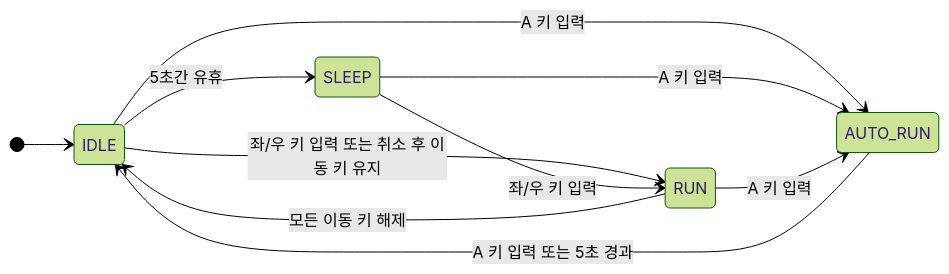
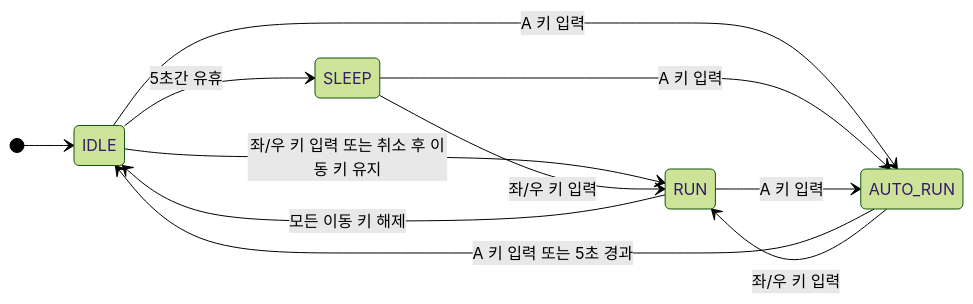
The diagram in AUTO_RUN_DEVELOPMENT_PLAN.md (totobonbon200/2023182015_DRILL-11), drawn with Mermaid (forest theme) before and after one commit. The commit also changed other lines of this file and 2 other files, not shown here.

Commit message:
auto_run -> run 상태 변경 기능 추가

````diff
--- a/AUTO_RUN_DEVELOPMENT_PLAN.md
+++ b/AUTO_RUN_DEVELOPMENT_PLAN.md
@@ -34,14 +35,15 @@
 ```mermaid
 stateDiagram-v2
     direction LR
 
     [*] --> IDLE
     IDLE --> SLEEP: 5초간 유휴
     IDLE --> RUN: 좌/우 키 입력 또는 취소 후 이동 키 유지
     IDLE --> AUTO_RUN: A 키 입력
     SLEEP --> RUN: 좌/우 키 입력
     SLEEP --> AUTO_RUN: A 키 입력
     RUN --> IDLE: 모든 이동 키 해제
     RUN --> AUTO_RUN: A 키 입력
     AUTO_RUN --> IDLE: A 키 입력 또는 5초 경과
+    AUTO_RUN --> RUN: 좌/우 키 입력
 ```
````
